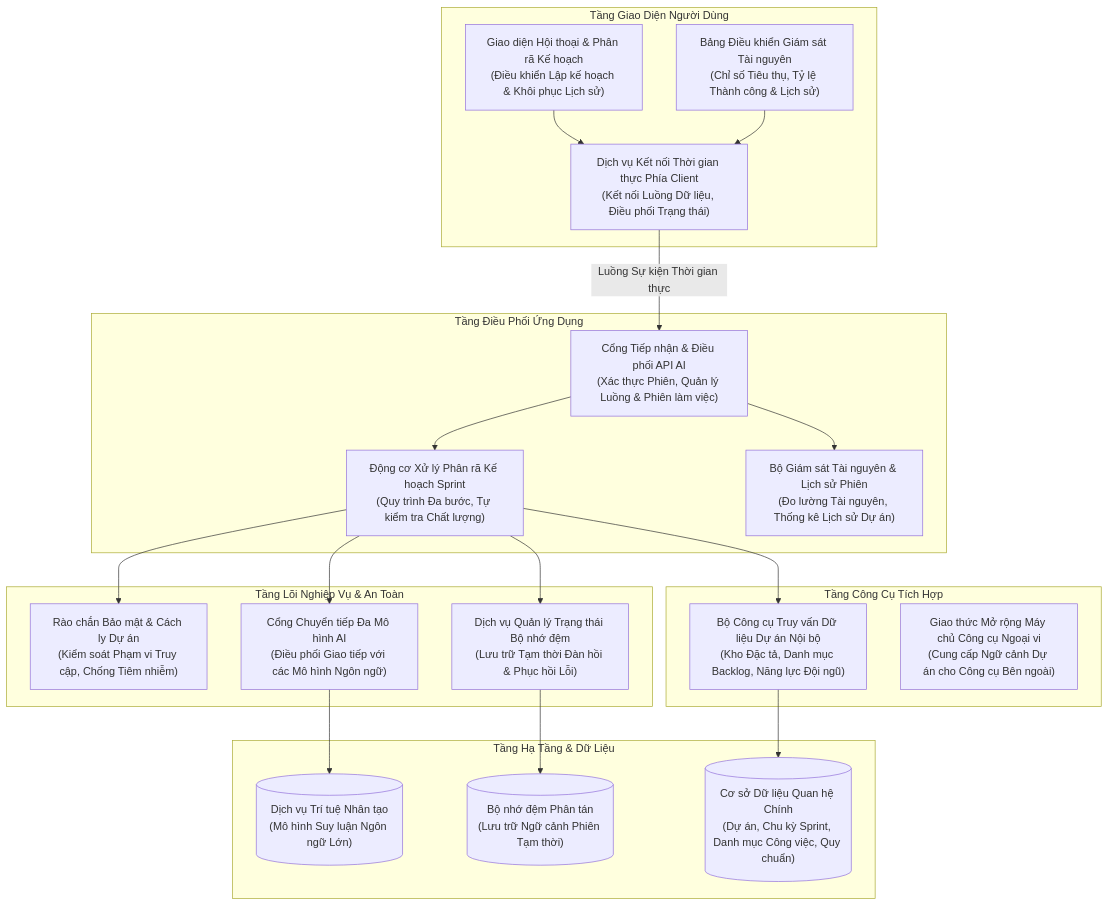
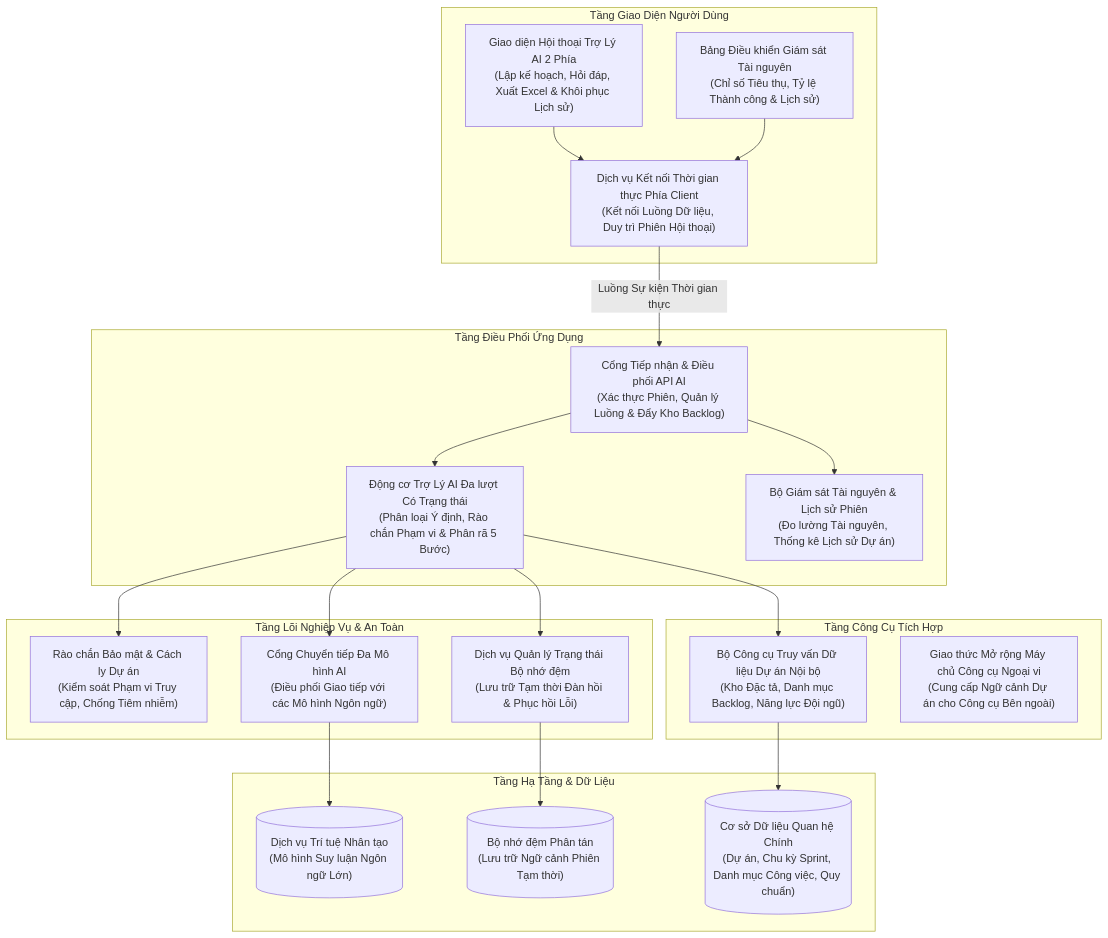
Before and after one commit to TranHoang2k40525/ProjectMgmt: the first of 2 diagrams in docs/ai/01-kien-truc-tong-quan-va-use-case.md, drawn with Mermaid. The commit also changed other lines of this file and 21 other files, not shown here.

Commit message:
feat(ai-assistant): nâng cấp Trợ Lý AI hội thoại có trạng thái Redis, hỗ trợ đẩy kho backlog, xuất Excel, từ chối ngoài luồng và đồng bộ tài liệu

````diff
--- a/docs/ai/01-kien-truc-tong-quan-va-use-case.md
+++ b/docs/ai/01-kien-truc-tong-quan-va-use-case.md
@@ -37,44 +41,44 @@
 ```mermaid
 flowchart TD
     subgraph UI["Tầng Giao Diện Người Dùng"]
-        Modal["Giao diện Hội thoại & Phân rã Kế hoạch\n(Điều khiển Lập kế hoạch & Khôi phục Lịch sử)"]
+        Modal["Giao diện Hội thoại Trợ Lý AI 2 Phía\n(Lập kế hoạch, Hỏi đáp, Xuất Excel & Khôi phục Lịch sử)"]
         Profile["Bảng Điều khiển Giám sát Tài nguyên\n(Chỉ số Tiêu thụ, Tỷ lệ Thành công & Lịch sử)"]
-        Service["Dịch vụ Kết nối Thời gian thực Phía Client\n(Kết nối Luồng Dữ liệu, Điều phối Trạng thái)"]
+        Service["Dịch vụ Kết nối Thời gian thực Phía Client\n(Kết nối Luồng Dữ liệu, Duy trì Phiên Hội thoại)"]
     end
 
     subgraph API["Tầng Điều Phối Ứng Dụng"]
-        Ctrl["Cổng Tiếp nhận & Điều phối API AI\n(Xác thực Phiên, Quản lý Luồng & Phiên làm việc)"]
-        DecompSvc["Động cơ Xử lý Phân rã Kế hoạch Sprint\n(Quy trình Đa bước, Tự kiểm tra Chất lượng)"]
+        Ctrl["Cổng Tiếp nhận & Điều phối API AI\n(Xác thực Phiên, Quản lý Luồng & Đẩy Kho Backlog)"]
+        DecompSvc["Động cơ Trợ Lý AI Đa lượt Có Trạng thái\n(Phân loại Ý định, Rào chắn Phạm vi & Phân rã 5 Bước)"]
         TokenTracker["Bộ Giám sát Tài nguyên & Lịch sử Phiên\n(Đo lường Tài nguyên, Thống kê Lịch sử Dự án)"]
     end
 
     subgraph CORE["Tầng Lõi Nghiệp Vụ & An Toàn"]
         ModelClient["Cổng Chuyển tiếp Đa Mô hình AI\n(Điều phối Giao tiếp với các Mô hình Ngôn ngữ)"]
         Staging["Dịch vụ Quản lý Trạng thái Bộ nhớ đệm\n(Lưu trữ Tạm thời Đàn hồi & Phục hồi Lỗi)"]
         ScopeGuard["Rào chắn Bảo mật & Cách ly Dự án\n(Kiểm soát Phạm vi Truy cập, Chống Tiêm nhiễm)"]
     end
 
     subgraph TOOLS["Tầng Công Cụ Tích Hợp"]
         McpInternal["Bộ Công cụ Truy vấn Dữ liệu Dự án Nội bộ\n(Kho Đặc tả, Danh mục Backlog, Năng lực Đội ngũ)"]
         McpServer["Giao thức Mở rộng Máy chủ Công cụ Ngoại vi\n(Cung cấp Ngữ cảnh Dự án cho Công cụ Bên ngoài)"]
     end
 
     subgraph INFRA["Tầng Hạ Tầng & Dữ Liệu"]
         Redis[("Bộ nhớ đệm Phân tán\n(Lưu trữ Ngữ cảnh Phiên Tạm thời)")]
         MySQL[("Cơ sở Dữ liệu Quan hệ Chính\n(Dự án, Chu kỳ Sprint, Danh mục Công việc, Quy chuẩn)")]
         LLM[("Dịch vụ Trí tuệ Nhân tạo\n(Mô hình Suy luận Ngôn ngữ Lớn)")]
     end
 
     Modal --> Service
     Profile --> Service
     Service -->|Luồng Sự kiện Thời gian thực| Ctrl
     Ctrl --> DecompSvc
     Ctrl --> TokenTracker
     DecompSvc --> ScopeGuard
     DecompSvc --> ModelClient
     DecompSvc --> Staging
     DecompSvc --> McpInternal
     ModelClient --> LLM
     Staging --> Redis
     McpInternal --> MySQL
 ```
````
